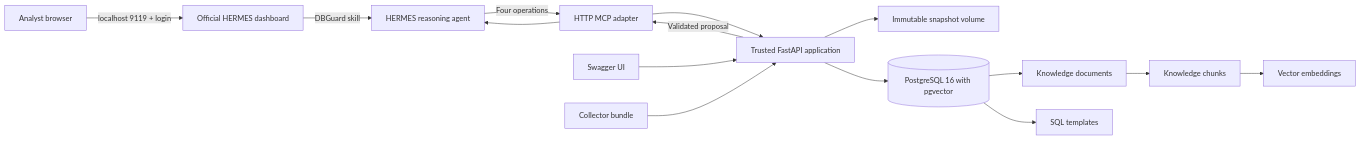
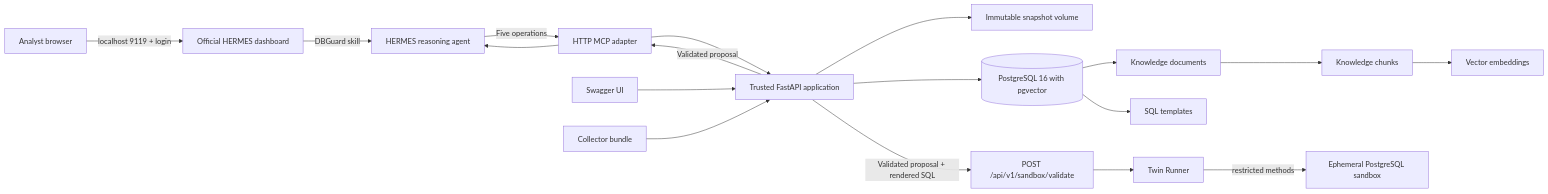
One commit to xylonc/DBGuard_AI changed the second of 5 diagrams in ARCHITECTURE.md. Above: the diagram before and after it, drawn with Mermaid. The commit also changed other lines of this file and 11 other files, not shown here.

````diff
--- a/ARCHITECTURE.md
+++ b/ARCHITECTURE.md
@@ -45,17 +53,20 @@
 ```mermaid
 flowchart LR
     U[Analyst browser] -->|localhost 9119 + login| HER[Official HERMES dashboard]
     HER -->|DBGuard skill| AG[HERMES reasoning agent]
-    AG -->|Four operations| MCP[HTTP MCP adapter]
+    AG -->|Five operations| MCP[HTTP MCP adapter]
     MCP --> API[Trusted FastAPI application]
     SW[Swagger UI] --> API
     COL[Collector bundle] --> API
     API --> SNAP[Immutable snapshot volume]
     API --> DB[(PostgreSQL 16 with pgvector)]
     DB --> DOC[Knowledge documents]
     DOC --> CHUNK[Knowledge chunks]
     CHUNK --> EMB[Vector embeddings]
     DB --> TPL[SQL templates]
     API -->|Validated proposal| MCP
+    API -->|Validated proposal + rendered SQL| Q[POST /api/v1/sandbox/validate]
+    Q --> R[Twin Runner]
+    R -->|restricted methods| S[Ephemeral PostgreSQL sandbox]
     MCP --> AG
 ```
````
